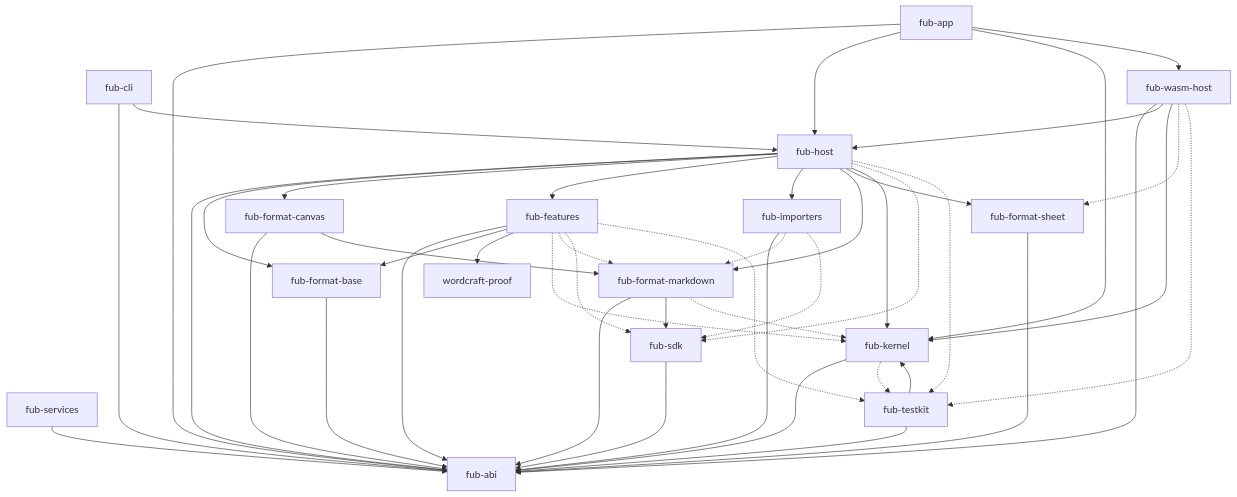
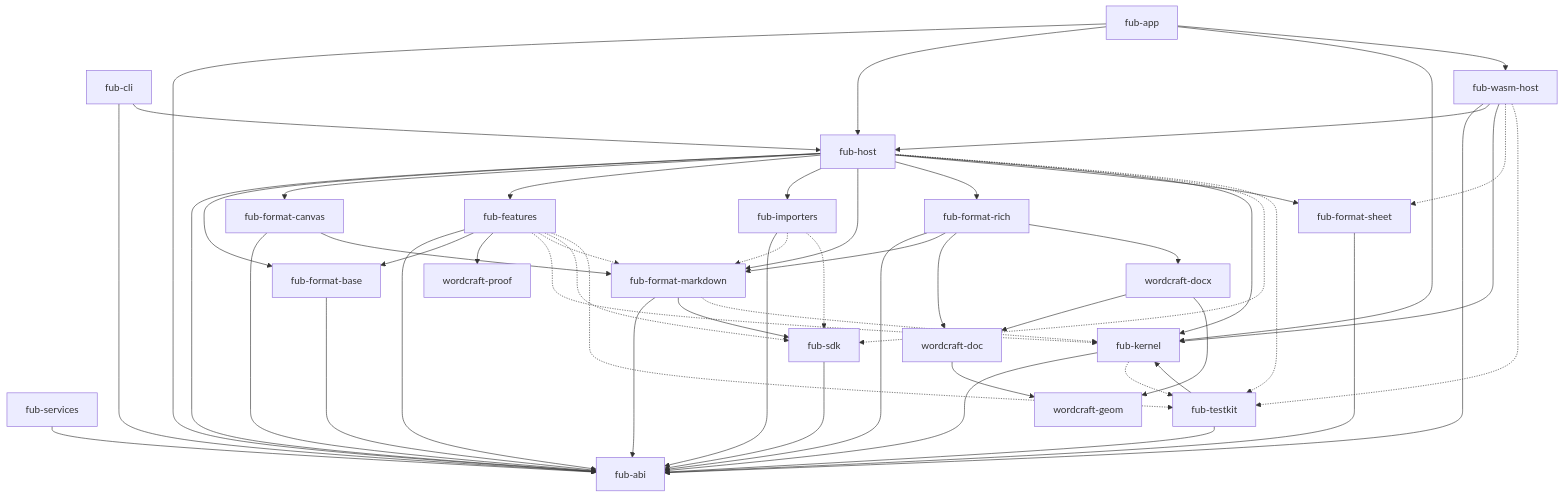
The first of 2 diagrams in docs/architecture/overview.md (Fubeo/Fub), drawn with Mermaid before and after one commit. The commit also changed 12 other files, not shown here.

````diff
--- a/docs/architecture/overview.md
+++ b/docs/architecture/overview.md
@@ -28,68 +28,80 @@
 ```mermaid
 flowchart TD
     %% @grafo-dipendenze
     %% Questo blocco è confrontato con cargo metadata da dependency_invariant.rs.
 
     app["fub-app"]
     host["fub-host"]
     features["fub-features"]
     markdown["fub-format-markdown"]
     sheet["fub-format-sheet"]
     base["fub-format-base"]
     canvas["fub-format-canvas"]
+    rich["fub-format-rich"]
     importers["fub-importers"]
     cli["fub-cli"]
     services["fub-services"]
     wasmhost["fub-wasm-host"]
     sdk["fub-sdk"]
     testkit["fub-testkit"]
     kernel["fub-kernel"]
     abi["fub-abi"]
     proof["wordcraft-proof"]
+    wdoc["wordcraft-doc"]
+    wdocx["wordcraft-docx"]
+    wgeom["wordcraft-geom"]
 
     app --> abi
     app --> host
     app --> kernel
     app --> wasmhost
     host --> abi
     host --> base
     host --> canvas
     host --> features
     host --> importers
     host --> markdown
+    host --> rich
     host --> sheet
     host --> kernel
     cli --> abi
     cli --> host
     services --> abi
     base --> abi
     canvas --> abi
     canvas --> markdown
+    rich --> abi
+    rich --> markdown
+    rich --> wdoc
+    rich --> wdocx
+    wdoc --> wgeom
+    wdocx --> wdoc
+    wdocx --> wgeom
     importers --> abi
     features --> abi
     features --> base
     features --> proof
     markdown --> abi
     markdown --> sdk
     sheet --> abi
     wasmhost --> abi
     wasmhost --> host
     wasmhost --> kernel
     kernel --> abi
     sdk --> abi
     testkit --> abi
     testkit --> kernel
 
     features -.-> kernel
     features -.-> markdown
     features -.-> sdk
     features -.-> testkit
     markdown -.-> kernel
     kernel -.-> testkit
     host -.-> sdk
     host -.-> testkit
     wasmhost -.-> sheet
     wasmhost -.-> testkit
     importers -.-> markdown
     importers -.-> sdk
 ```
````
